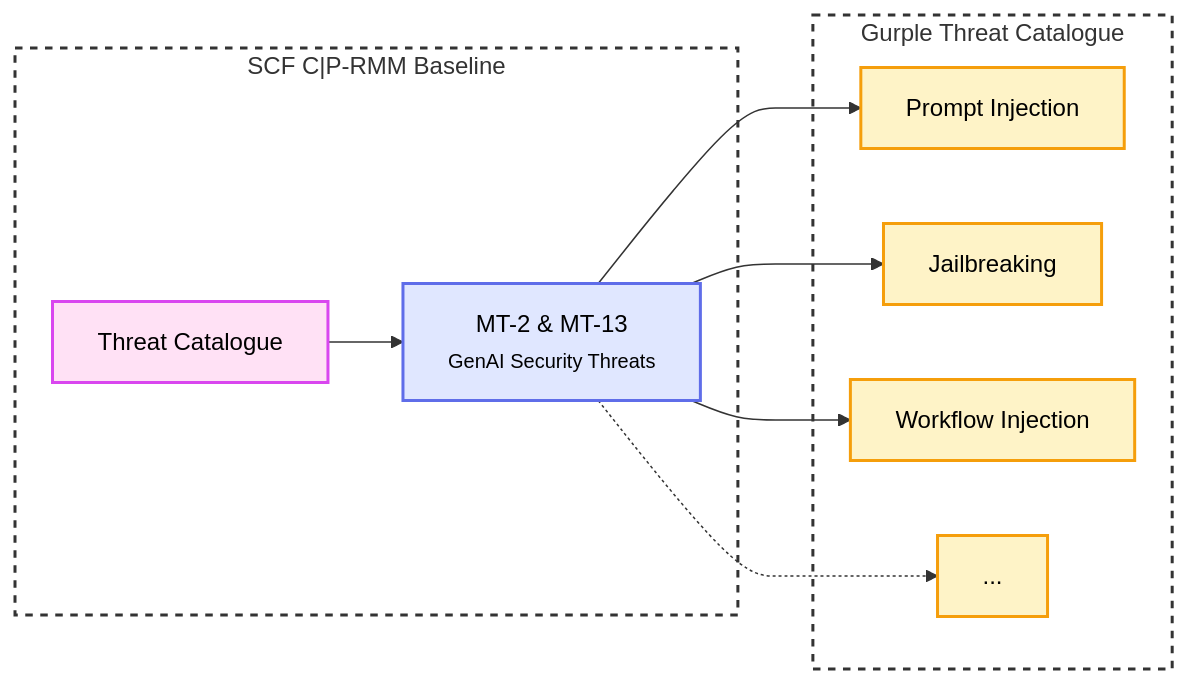
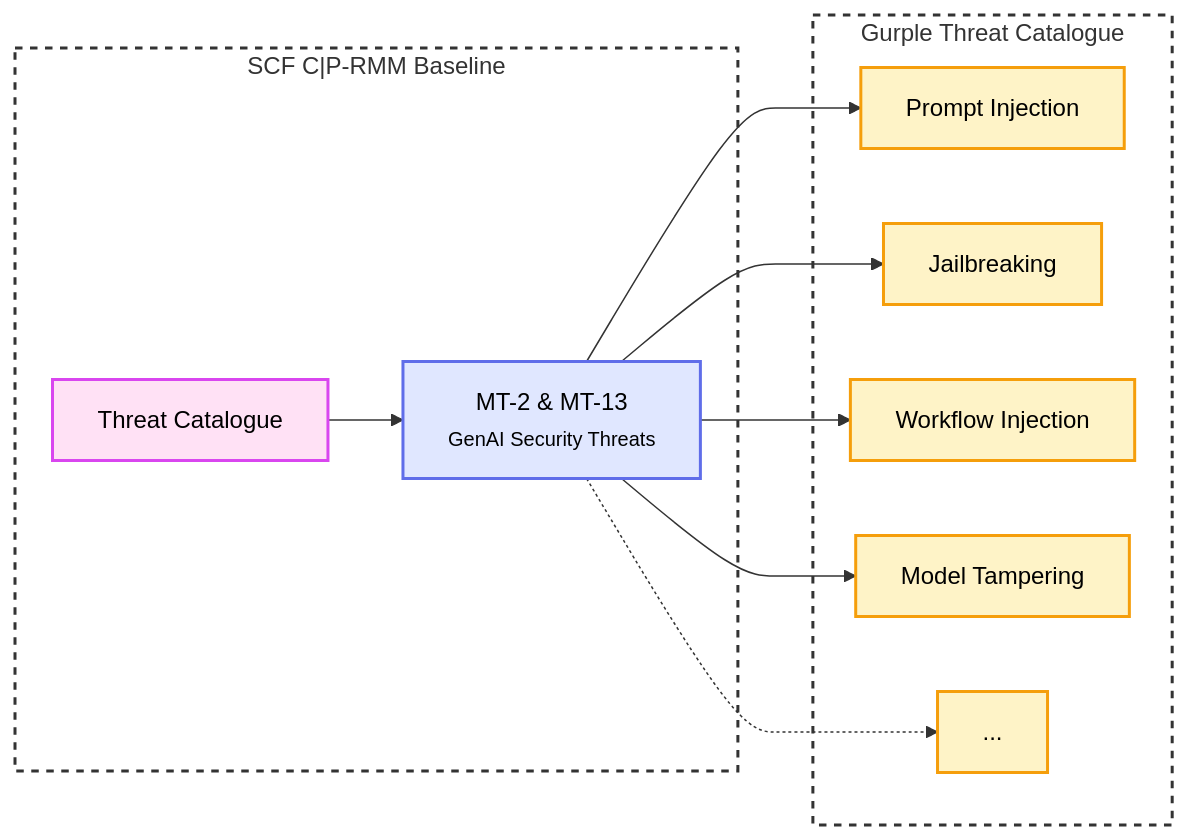
One commit to felipepenha/gurple changed the diagram in docs/threats/index.md. Above: the diagram before and after it, drawn with Mermaid. The commit also changed other lines of this file and 11 other files, not shown here.

First line of the commit message:
docs(threats): add model tampering overview and weight poisoning threat variant

````diff
--- a/docs/threats/index.md
+++ b/docs/threats/index.md
@@ -20,32 +20,34 @@
 ```mermaid
 flowchart LR
     subgraph dashed_box_scf ["SCF C|P-RMM Baseline"]
         SCF["<span style='color:#000'>Threat Catalogue</span>"]
         MT["<span style='color:#000'>MT-2 & MT-13</span><br /><small style='color:#000'>GenAI Security Threats</small>"]
         SCF --> MT
     end
 
     subgraph dashed_box_gurple ["Gurple Threat Catalogue"]
         PI["<span style='color:#000'>Prompt Injection</span>"]
         JB["<span style='color:#000'>Jailbreaking</span>"]
         WI["<span style='color:#000'>Workflow Injection</span>"]
+        MTAMP["<span style='color:#000'>Model Tampering</span>"]
         MORE["<span style='color:#000'>...</span>"]
     end
 
     MT --> PI
     MT --> JB
     MT --> WI
+    MT --> MTAMP
     MT -.-> MORE
 
     classDef red fill:#fee2e2,stroke:#ef4444,stroke-width:2px,color:#000;
     classDef yellow fill:#fef3c7,stroke:#f59e0b,stroke-width:2px,color:#000;
     classDef blue fill:#e0e7ff,stroke:#5f6de9,stroke-width:2px,color:#000;
     classDef purple fill:#ffe1f5,stroke:#d946ef,stroke-width:2px,color:#000;
 
     class SCF purple;
     class MT blue;
-    class PI,JB,WI,MORE yellow;
+    class PI,JB,WI,MTAMP,MORE yellow;
 
     style dashed_box_scf stroke-dasharray: 5 5, fill:none,stroke:#333,stroke-width:2px;
     style dashed_box_gurple stroke-dasharray: 5 5, fill:none,stroke:#333,stroke-width:2px;
 ```
````
